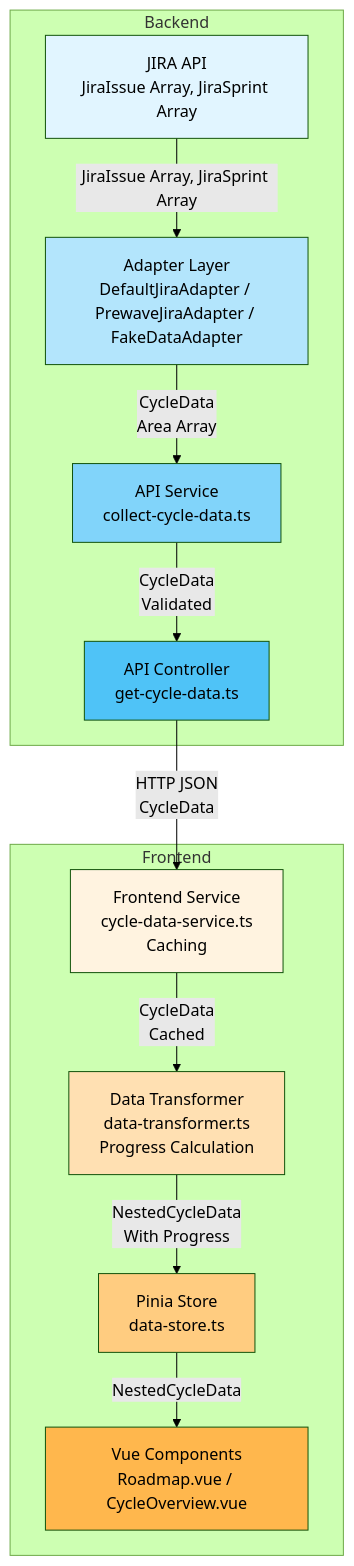
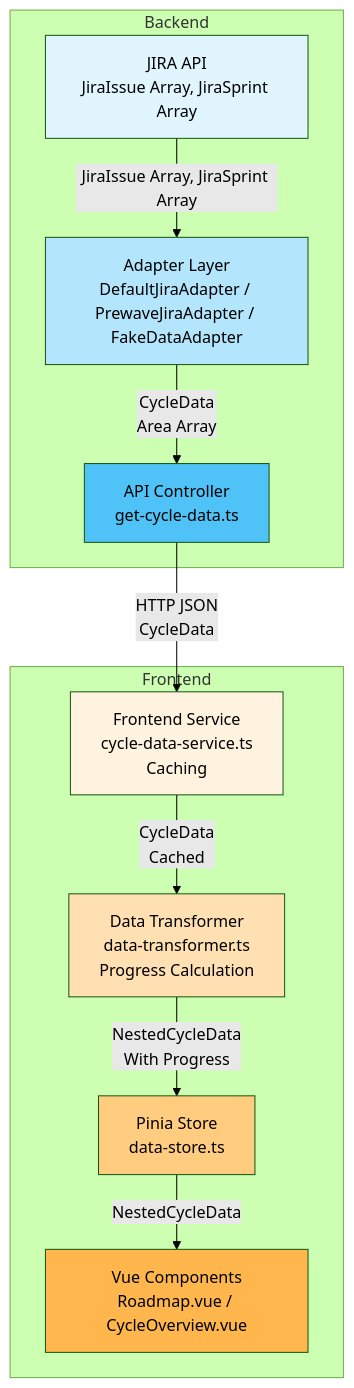
The first of 2 diagrams in docs/data-flow.md (kulo/head-north), drawn with Mermaid (forest theme) before and after one commit. The commit also changed other lines of this file and 1 other file, not shown here.

First line of the commit message:
docs: update coding guidelines and data flow documentation

````diff
--- a/docs/data-flow.md
+++ b/docs/data-flow.md
@@ -15,33 +15,30 @@
 ```mermaid
 graph TB
     subgraph "Backend"
         JIRA["JIRA API<br/>JiraIssue Array, JiraSprint Array"]
         ADAPTER["Adapter Layer<br/>DefaultJiraAdapter / PrewaveJiraAdapter / FakeDataAdapter"]
-        SERVICE["API Service<br/>collect-cycle-data.ts"]
         CONTROLLER["API Controller<br/>get-cycle-data.ts"]
     end
 
     subgraph "Frontend"
         FRONTEND_SERVICE["Frontend Service<br/>cycle-data-service.ts<br/>Caching"]
         TRANSFORMER["Data Transformer<br/>data-transformer.ts<br/>Progress Calculation"]
         STORE["Pinia Store<br/>data-store.ts"]
         COMPONENTS["Vue Components<br/>Roadmap.vue / CycleOverview.vue"]
     end
 
     JIRA -->|"JiraIssue Array, JiraSprint Array"| ADAPTER
-    ADAPTER -->|"CycleData<br/>Area Array"| SERVICE
-    SERVICE -->|"CycleData<br/>Validated"| CONTROLLER
+    ADAPTER -->|"CycleData<br/>Area Array"| CONTROLLER
     CONTROLLER -->|"HTTP JSON<br/>CycleData"| FRONTEND_SERVICE
     FRONTEND_SERVICE -->|"CycleData<br/>Cached"| TRANSFORMER
     TRANSFORMER -->|"NestedCycleData<br/>With Progress"| STORE
     STORE -->|"NestedCycleData"| COMPONENTS
 
     style JIRA fill:#e1f5ff
     style ADAPTER fill:#b3e5fc
-    style SERVICE fill:#81d4fa
     style CONTROLLER fill:#4fc3f7
     style FRONTEND_SERVICE fill:#fff3e0
     style TRANSFORMER fill:#ffe0b2
     style STORE fill:#ffcc80
     style COMPONENTS fill:#ffb74d
 ```
````
